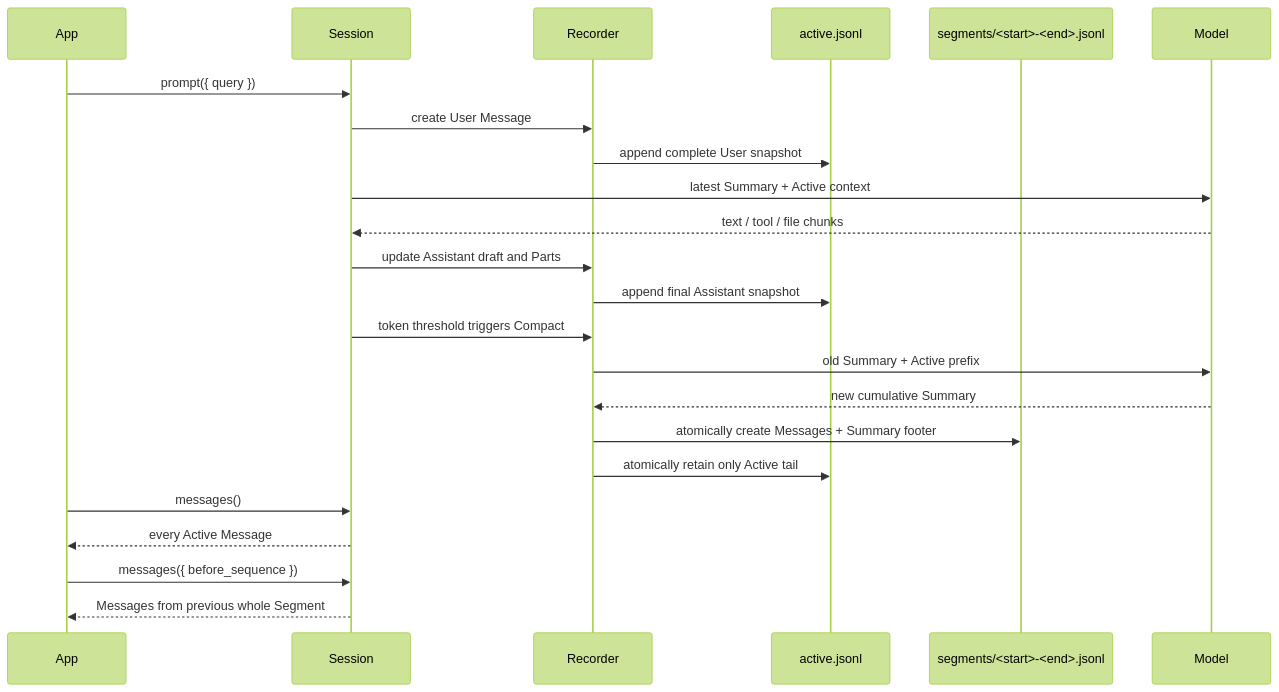
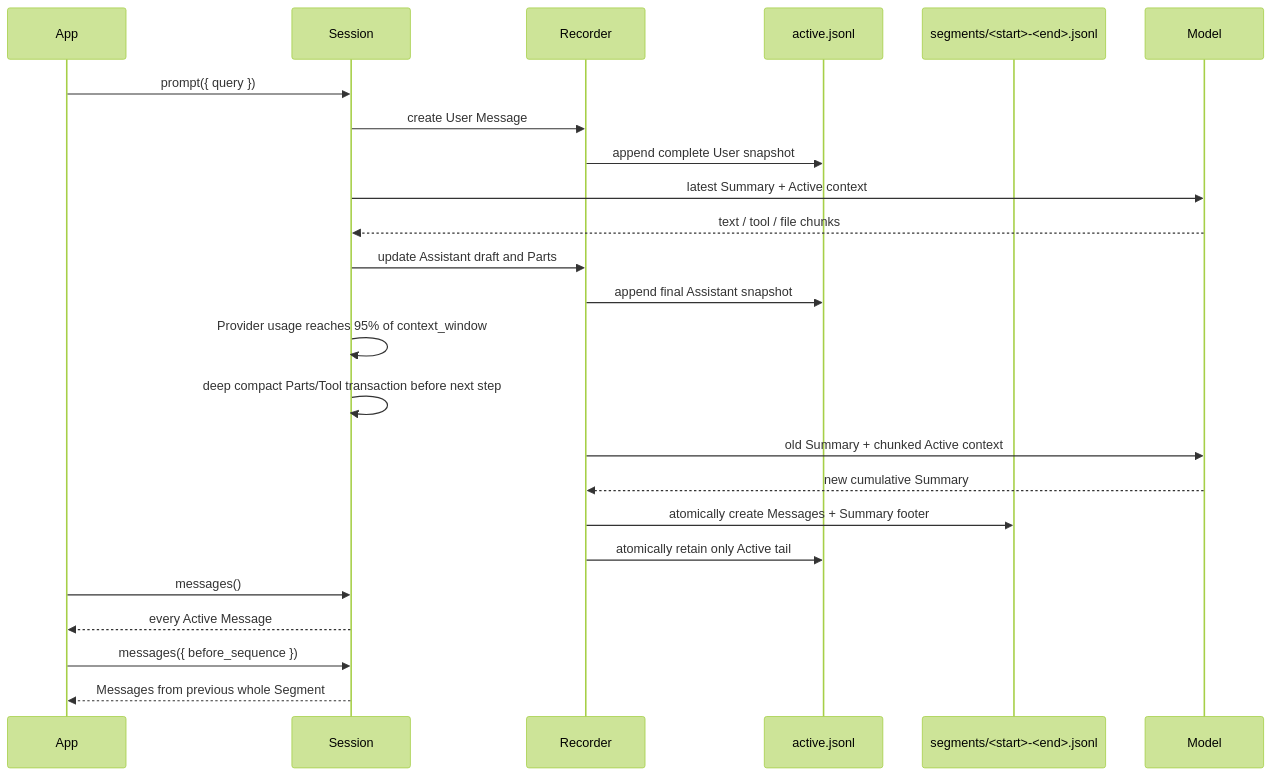
One commit to wangenius/downcity changed the diagram in homepage/content/agent-sdk-docs/en/sessions/metadata-and-storage.mdx. Above: the diagram before and after it, drawn with Mermaid (forest theme). The commit also changed other lines of this file and 17 other files, not shown here.

Commit message:
feat(agent): compact context from provider usage

````diff
--- a/homepage/content/agent-sdk-docs/en/sessions/metadata-and-storage.mdx
+++ b/homepage/content/agent-sdk-docs/en/sessions/metadata-and-storage.mdx
@@ -51,26 +53,27 @@
 ```mermaid
 sequenceDiagram
     participant App
     participant Session
     participant Recorder
     participant Active as active.jsonl
     participant Segment as segments/<start>-<end>.jsonl
     participant Model
 
     App->>Session: prompt({ query })
     Session->>Recorder: create User Message
     Recorder->>Active: append complete User snapshot
     Session->>Model: latest Summary + Active context
     Model-->>Session: text / tool / file chunks
     Session->>Recorder: update Assistant draft and Parts
     Recorder->>Active: append final Assistant snapshot
-    Session->>Recorder: token threshold triggers Compact
-    Recorder->>Model: old Summary + Active prefix
+    Session->>Session: Provider usage reaches 95% of context_window
+    Session->>Session: deep compact Parts/Tool transaction before next step
+    Recorder->>Model: old Summary + chunked Active context
     Model-->>Recorder: new cumulative Summary
     Recorder->>Segment: atomically create Messages + Summary footer
     Recorder->>Active: atomically retain only Active tail
     App->>Session: messages()
     Session-->>App: every Active Message
     App->>Session: messages({ before_sequence })
     Session-->>App: Messages from previous whole Segment
 ```
````
